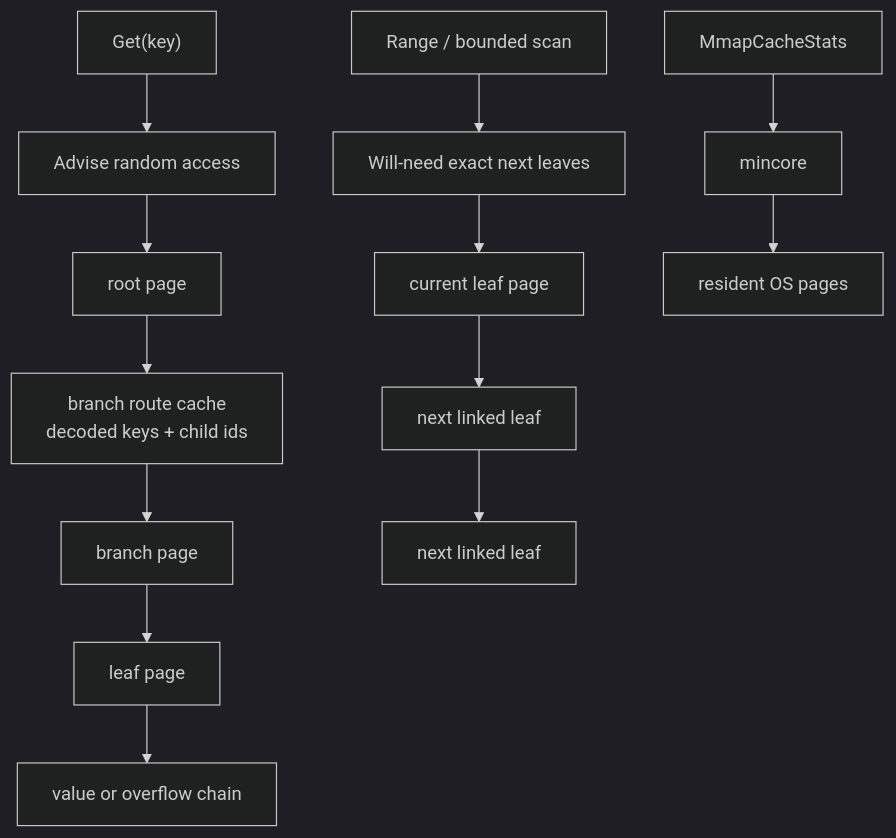
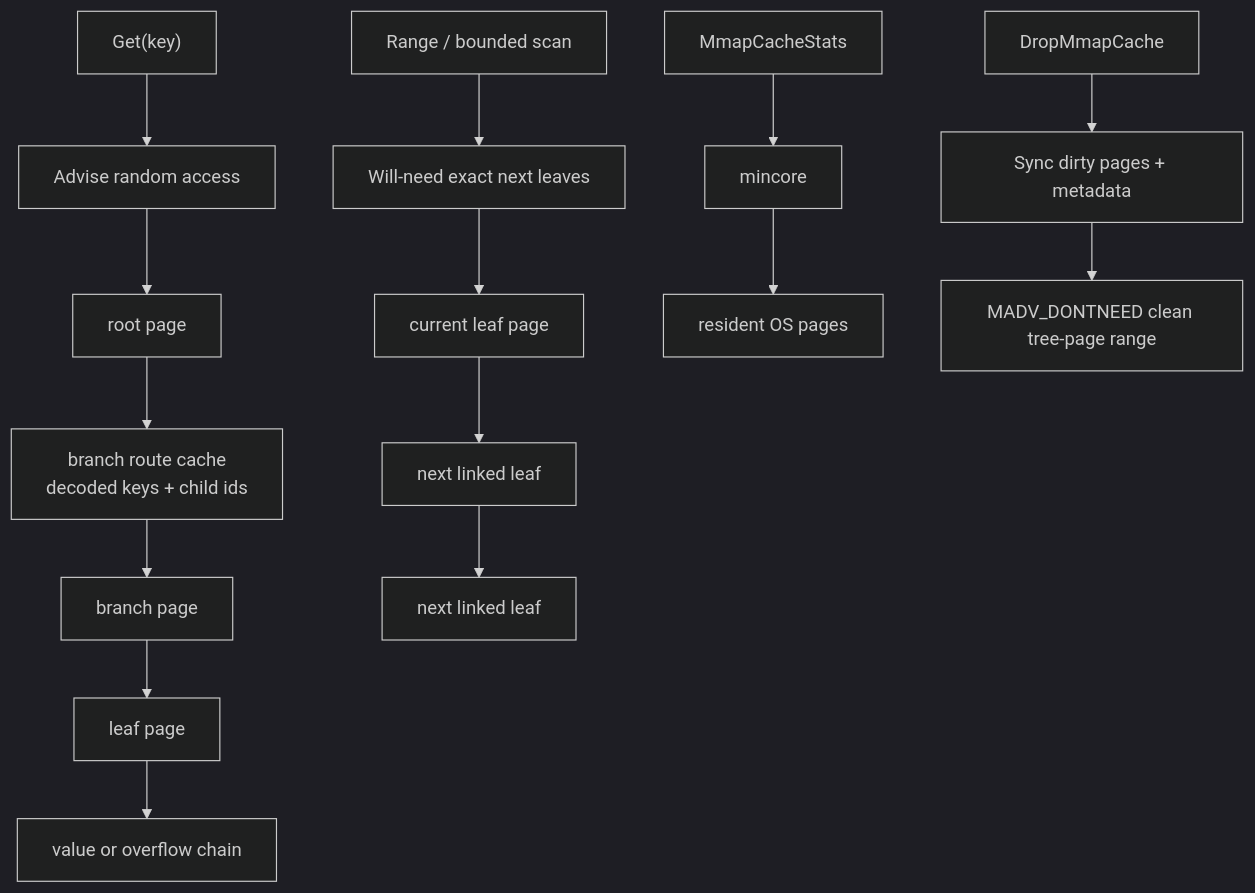
Before and after one commit to hadamrd/cow-btree-course: the third of 4 diagrams in docs/08-mmap-backed-pages.md, drawn with Mermaid (dark theme). The commit also changed other lines of this file and 5 other files, not shown here.

Commit message:
feat: add explicit mmap cache drop

````diff
--- a/docs/08-mmap-backed-pages.md
+++ b/docs/08-mmap-backed-pages.md
@@ -121,17 +124,20 @@
 ```mermaid
 flowchart TD
     G["Get(key)"] --> A["Advise random access"]
     A --> R["root page"]
     R --> D["branch route cache<br/>decoded keys + child ids"]
     D --> B["branch page"]
     B --> L["leaf page"]
     L --> V["value or overflow chain"]
 
     S["Range / bounded scan"] --> Q["Will-need exact next leaves"]
     Q --> P1["current leaf page"]
     P1 --> P2["next linked leaf"]
     P2 --> P3["next linked leaf"]
 
     C["MmapCacheStats"] --> M["mincore"]
     M --> K["resident OS pages"]
+
+    X["DropMmapCache"] --> Y["Sync dirty pages + metadata"]
+    Y --> Z["MADV_DONTNEED clean tree-page range"]
 ```
````
